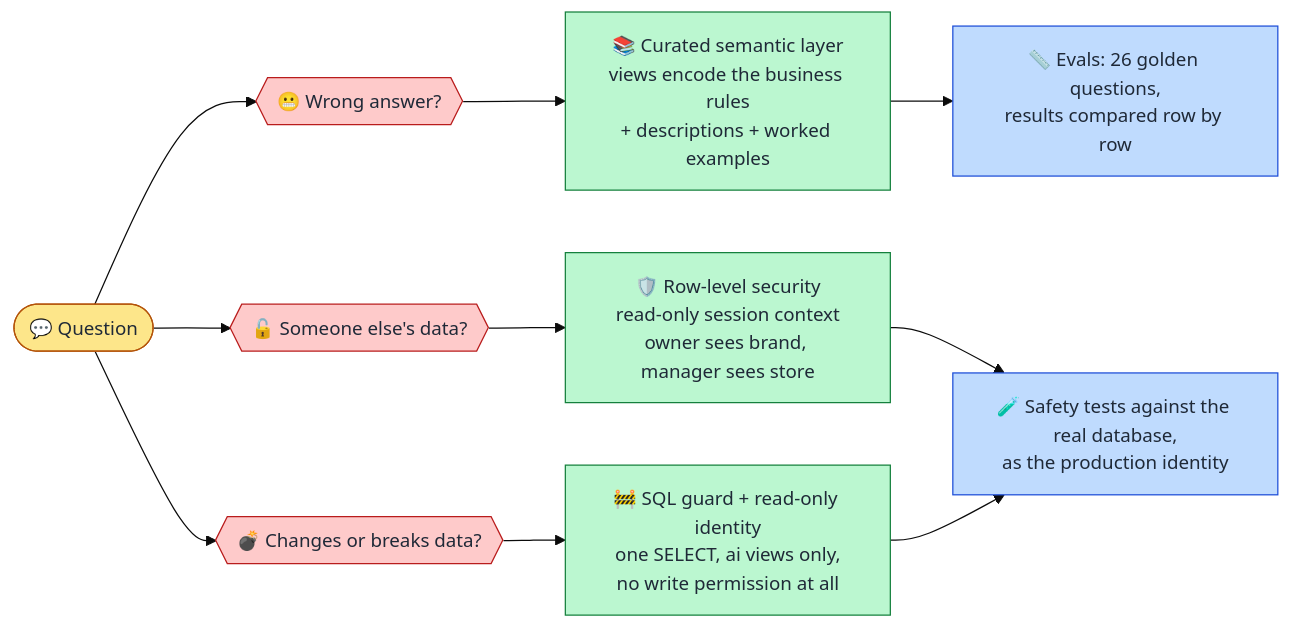
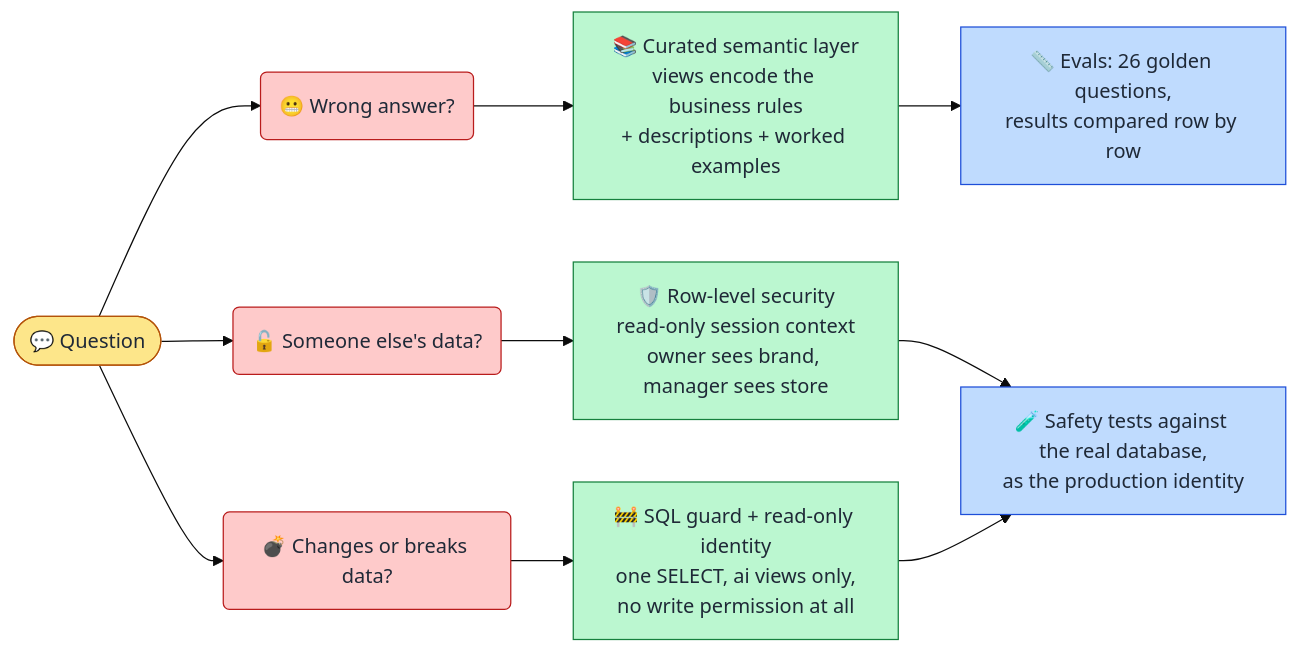
Before and after one commit to prabh-62/nl2sql-agent: the first of 3 diagrams in README.md, drawn with Mermaid. The commit also changed other lines of this file, not shown here.

Commit message:
docs: use diagram syntax GitHub's Mermaid renders

````diff
--- a/README.md
+++ b/README.md
@@ -19,24 +19,24 @@
 ```mermaid
-%%{init: {'theme':'base', 'themeVariables': {'fontSize':'15px'}}}%%
+%%{init: {'theme':'base'}}%%
 flowchart LR
-    Q(["💬 Question"]) --> W{{"😬 Wrong answer?"}}
-    Q --> L{{"🔓 Someone else's data?"}}
-    Q --> D{{"💣 Changes or breaks data?"}}
+    Q(["💬 Question"]) --> W("😬 Wrong answer?")
+    Q --> L("🔓 Someone else's data?")
+    Q --> D("💣 Changes or breaks data?")
 
     W --> W1["📚 Curated semantic layer<br/>views encode the business rules<br/>+ descriptions + worked examples"]
     L --> L1["🛡️ Row-level security<br/>read-only session context<br/>owner sees brand, manager sees store"]
     D --> D1["🚧 SQL guard + read-only identity<br/>one SELECT, ai views only,<br/>no write permission at all"]
 
     W1 --> E["📏 Evals: 26 golden questions,<br/>results compared row by row"]
     L1 --> S["🧪 Safety tests against the real database,<br/>as the production identity"]
     D1 --> S
 
     classDef q fill:#fde68a,stroke:#b45309,color:#1f2937;
     classDef risk fill:#fecaca,stroke:#b91c1c,color:#1f2937;
     classDef fix fill:#bbf7d0,stroke:#15803d,color:#1f2937;
     classDef proof fill:#bfdbfe,stroke:#1d4ed8,color:#1f2937;
     class Q q;
     class W,L,D risk;
     class W1,L1,D1 fix;
     class E,S proof;
 ```
````
